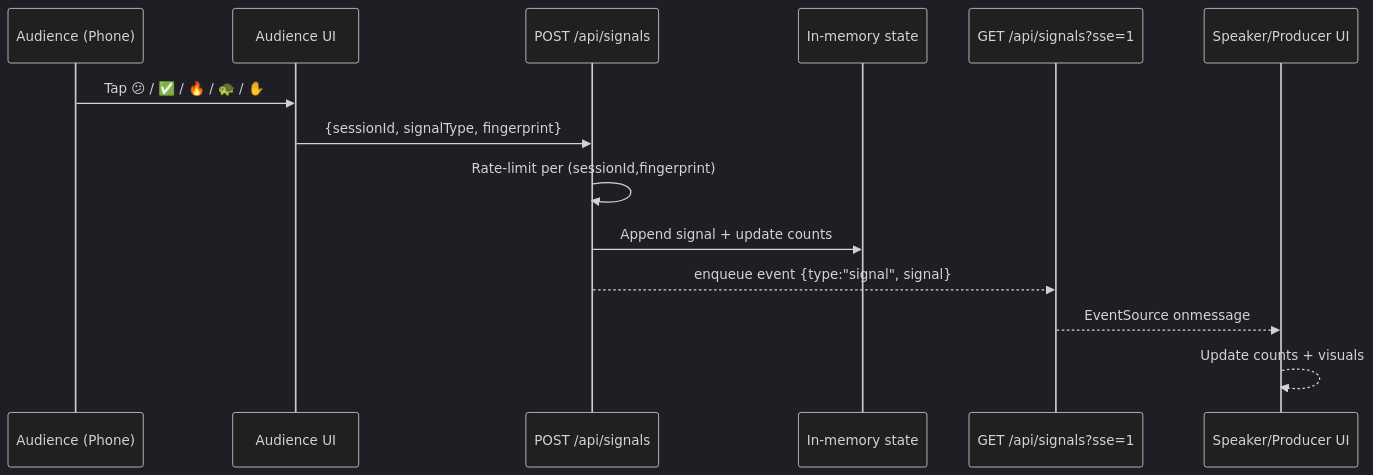
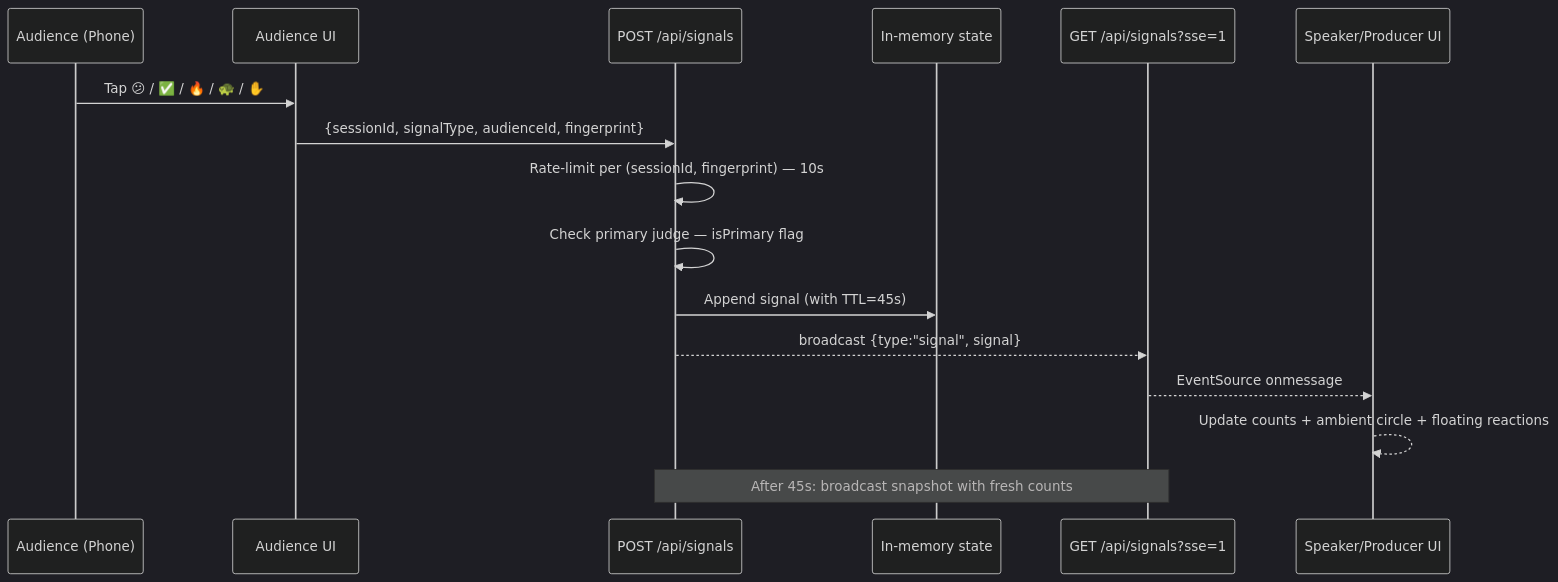
Before and after one commit to arvinder004/PULSE_HACKBYTE4.0: the fourth of 9 diagrams in PULSE_ARCHITECTUREPLAN.md, drawn with Mermaid (dark theme). The commit also changed other lines of this file and 1 other file, not shown here.

````diff
--- a/PULSE_ARCHITECTUREPLAN.md
+++ b/PULSE_ARCHITECTUREPLAN.md
@@ -200,17 +247,19 @@
 ```mermaid
 sequenceDiagram
   participant A as Audience (Phone)
   participant UI as Audience UI
   participant API as POST /api/signals
   participant Mem as In-memory state
   participant SSE as GET /api/signals?sse=1
   participant S as Speaker/Producer UI
 
   A->>UI: Tap 😕 / ✅ / 🔥 / 🐢 / ✋
-  UI->>API: {sessionId, signalType, fingerprint}
-  API->>API: Rate-limit per (sessionId,fingerprint)
-  API->>Mem: Append signal + update counts
-  API-->>SSE: enqueue event {type:"signal", signal}
+  UI->>API: {sessionId, signalType, audienceId, fingerprint}
+  API->>API: Rate-limit per (sessionId, fingerprint) — 10s
+  API->>API: Check primary judge — isPrimary flag
+  API->>Mem: Append signal (with TTL=45s)
+  API-->>SSE: broadcast {type:"signal", signal}
   SSE-->>S: EventSource onmessage
-  S-->>S: Update counts + visuals
+  S-->>S: Update counts + ambient circle + floating reactions
+  Note over API,SSE: After 45s: broadcast snapshot with fresh counts
 ```
````
